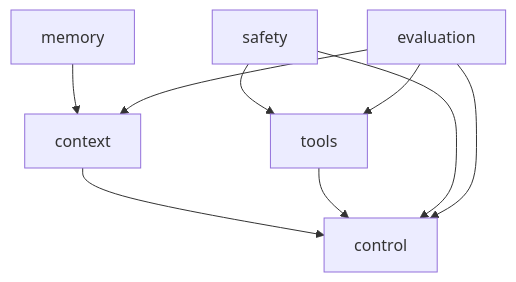
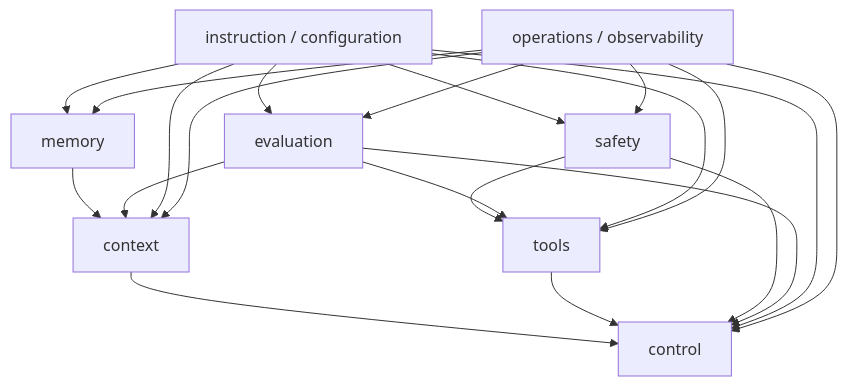
The diagram in 01-foundations/04-core-design-axes-context-control-tools-memory-safety-evals.md (harimkang/harness-engineering-guide), drawn with Mermaid before and after one commit. The commit also changed other lines of this file and 7 other files, not shown here.

````diff
--- a/01-foundations/04-core-design-axes-context-control-tools-memory-safety-evals.md
+++ b/01-foundations/04-core-design-axes-context-control-tools-memory-safety-evals.md
@@ -53,18 +33,34 @@
 ```mermaid
 flowchart TD
   CTX["context"]
   CTRL["control"]
   TOOLS["tools"]
   MEM["memory"]
   SAFE["safety"]
   EVAL["evaluation"]
+  INST["instruction / configuration"]
+  OPS["operations / observability"]
 
   CTX --> CTRL
   TOOLS --> CTRL
   MEM --> CTX
   SAFE --> TOOLS
   SAFE --> CTRL
   EVAL --> CTX
   EVAL --> CTRL
   EVAL --> TOOLS
+
+  INST --> CTX
+  INST --> CTRL
+  INST --> TOOLS
+  INST --> MEM
+  INST --> SAFE
+  INST --> EVAL
+
+  OPS --> CTX
+  OPS --> CTRL
+  OPS --> TOOLS
+  OPS --> MEM
+  OPS --> SAFE
+  OPS --> EVAL
 ```
````
